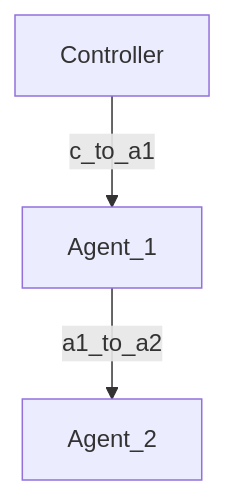
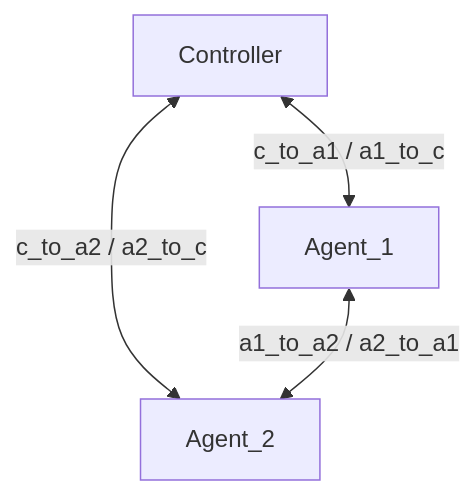
The diagram in README.md (cpeter6456/EasyMesh-Topology-Simulation-and-Packet-Parser-Based-on-Linux-Network-Namespaces), drawn with Mermaid before and after one commit. The commit also changed other lines of this file and 6 other files, not shown here.

Commit message:
改為controller<->agent1 , controller<->agent2 ,agent1<->agent2, 兩兩之前都要能直接互連

````diff
--- a/README.md
+++ b/README.md
@@ -24,5 +24,6 @@
 ```mermaid
 graph TD
-    C[Controller] -->|c_to_a1| A1[Agent_1]
-    A1 -->|a1_to_a2| A2[Agent_2]
+    C[Controller] <-->|c_to_a1 / a1_to_c| A1[Agent_1]
+    C <-->|c_to_a2 / a2_to_c| A2[Agent_2]
+    A1 <-->|a1_to_a2 / a2_to_a1| A2
 ```
````
